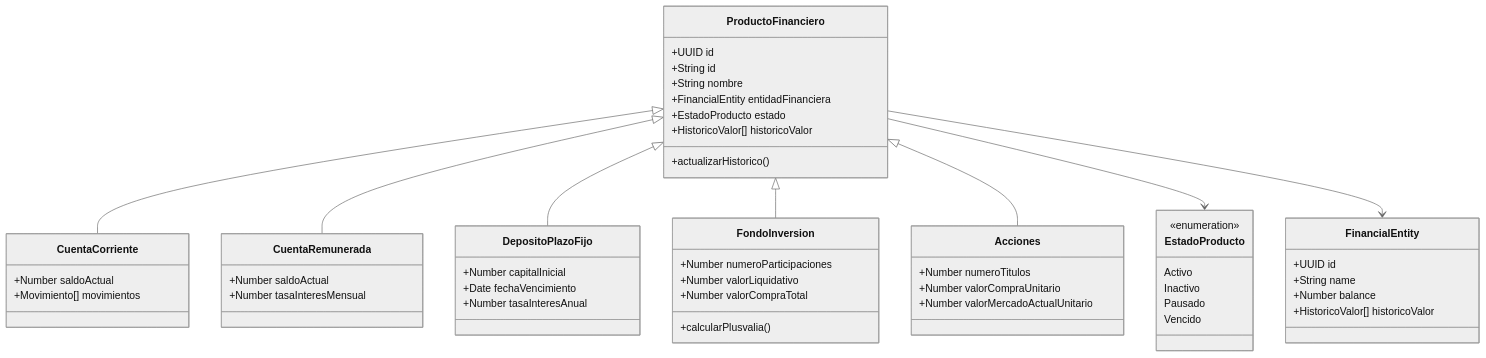
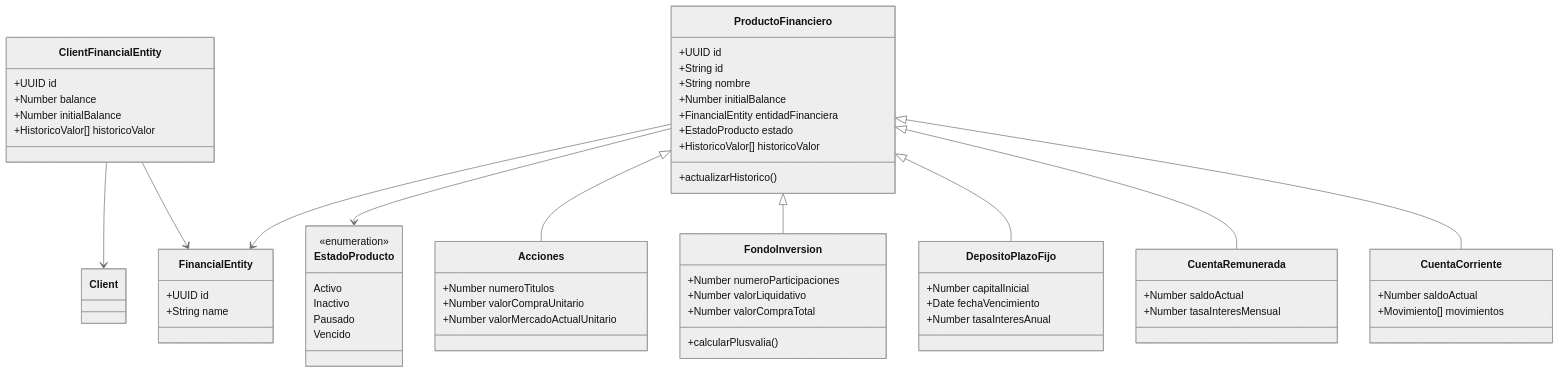
The diagram in docs/001-myfintonic_design.md (pabordonez/myfintonic), drawn with Mermaid (neutral theme) before and after one commit. The commit also changed other lines of this file and 29 other files, not shown here.

First line of the commit message:
Feature/refactor financial entity (#23)

````diff
--- a/docs/001-myfintonic_design.md
+++ b/docs/001-myfintonic_design.md
@@ -319,65 +339,73 @@
 ```mermaid
 classDiagram
     class FinancialEntity {
         +UUID id
         +String name
+    }
+
+    class ClientFinancialEntity {
+        +UUID id
         +Number balance
+        +Number initialBalance
         +HistoricoValor[] historicoValor
     }
 
     class ProductoFinanciero {
         +UUID id
         +String id
         +String nombre
+        +Number initialBalance
         +FinancialEntity entidadFinanciera
         +EstadoProducto estado
         +HistoricoValor[] historicoValor
         +actualizarHistorico()
     }
 
     class CuentaCorriente {
         +Number saldoActual
         +Movimiento[] movimientos
     }
 
     class CuentaRemunerada {
         +Number saldoActual
         +Number tasaInteresMensual
     }
 
     class DepositoPlazoFijo {
         +Number capitalInicial
         +Date fechaVencimiento
         +Number tasaInteresAnual
     }
 
     class FondoInversion {
         +Number numeroParticipaciones
         +Number valorLiquidativo
         +Number valorCompraTotal
         +calcularPlusvalia()
     }
 
     class Acciones {
         +Number numeroTitulos
         +Number valorCompraUnitario
         +Number valorMercadoActualUnitario
     }
 
     ProductoFinanciero <|-- CuentaCorriente
     ProductoFinanciero <|-- CuentaRemunerada
     ProductoFinanciero <|-- DepositoPlazoFijo
     ProductoFinanciero <|-- FondoInversion
     ProductoFinanciero <|-- Acciones
 
     class EstadoProducto {
         <<enumeration>>
         Activo
         Inactivo
         Pausado
         Vencido
     }
 
     ProductoFinanciero --> EstadoProducto
     ProductoFinanciero --> FinancialEntity
+    ClientFinancialEntity --> FinancialEntity
+    ClientFinancialEntity --> Client
 ```
````
